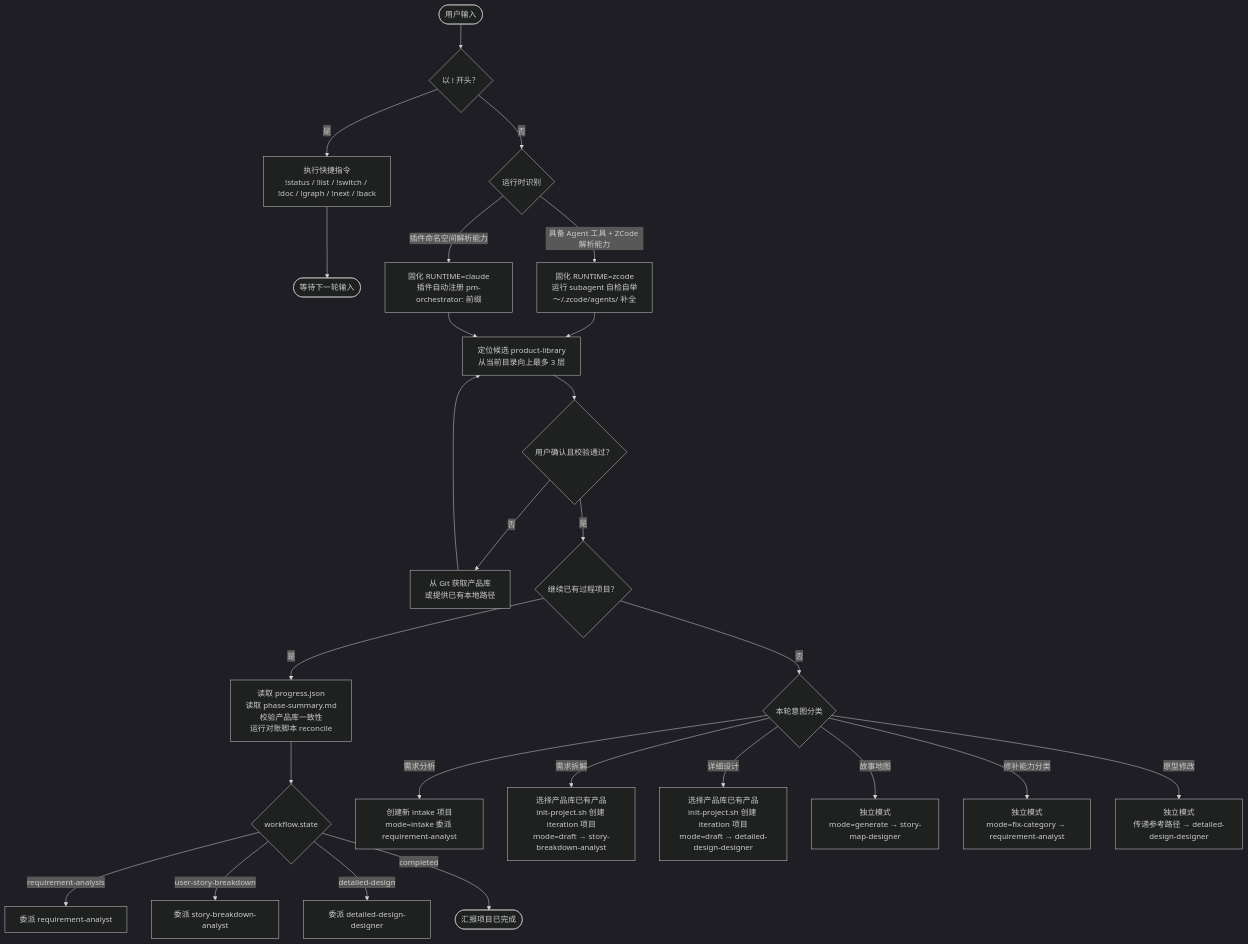
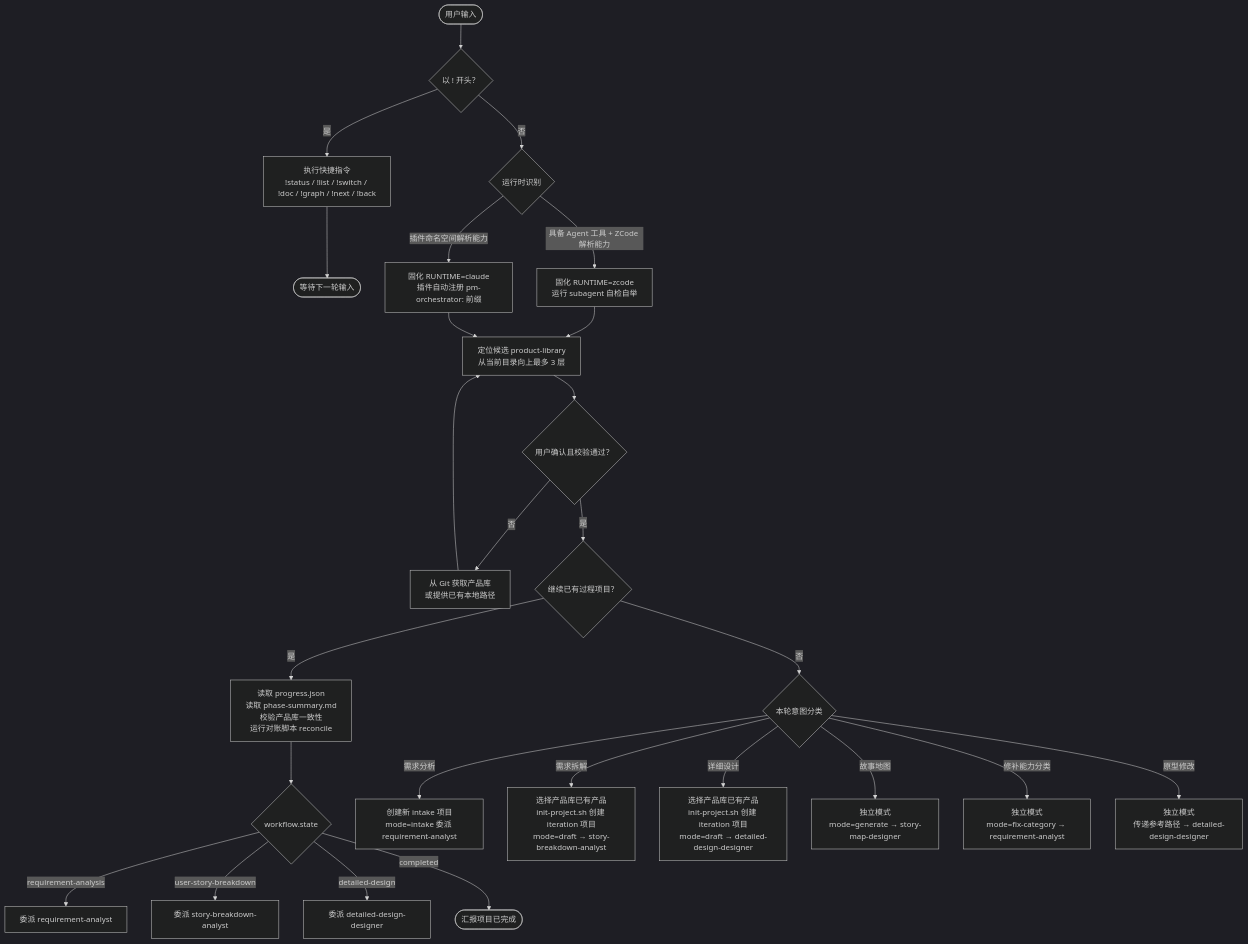
The first of 7 diagrams in README.md (Tiger0521/pm-orchestrator), drawn with Mermaid (dark theme) before and after one commit. The commit also changed other lines of this file, not shown here.

Commit message:
release: V4.0.2 重写README：按流程概览→安装→目录→流程图结构组织

````diff
--- a/README.md
+++ b/README.md
@@ -41,37 +344,37 @@
 ```mermaid
 flowchart TD
     Start([用户输入]) --> Shortcut{以 ! 开头？}
     Shortcut -- 是 --> Cmd[执行快捷指令<br/>!status / !list / !switch / !doc / !graph / !next / !back]
     Cmd --> Wait([等待下一轮输入])
 
     Shortcut -- 否 --> RuntimeDetect{运行时识别}
-    RuntimeDetect -->|具备 Agent 工具 + ZCode 解析能力| ZCode[固化 RUNTIME=zcode<br/>运行 subagent 自检自举<br/>～/.zcode/agents/ 补全]
+    RuntimeDetect -->|具备 Agent 工具 + ZCode 解析能力| ZCode[固化 RUNTIME=zcode<br/>运行 subagent 自检自举]
     RuntimeDetect -->|插件命名空间解析能力| Claude[固化 RUNTIME=claude<br/>插件自动注册 pm-orchestrator: 前缀]
 
     ZCode --> Library
     Claude --> Library
 
     Library[定位候选 product-library<br/>从当前目录向上最多 3 层] --> LibraryOK{用户确认且校验通过？}
 
     LibraryOK -- 否 --> Acquire[从 Git 获取产品库<br/>或提供已有本地路径]
     Acquire --> Library
 
     LibraryOK -- 是 --> Project{继续已有过程项目？}
 
     Project -- 是 --> Restore[读取 progress.json<br/>读取 phase-summary.md<br/>校验产品库一致性<br/>运行对账脚本 reconcile]
     Restore --> State{workflow.state}
 
     State -- requirement-analysis --> RA[委派 requirement-analyst]
     State -- user-story-breakdown --> SB[委派 story-breakdown-analyst]
     State -- detailed-design --> DD[委派 detailed-design-designer]
     State -- completed --> Report([汇报项目已完成])
 
     Project -- 否 --> Intent{本轮意图分类}
 
     Intent -- 需求分析 --> Intake[创建新 intake 项目<br/>mode=intake 委派 requirement-analyst]
     Intent -- 需求拆解 --> NewSB[选择产品库已有产品<br/>init-project.sh 创建 iteration 项目<br/>mode=draft → story-breakdown-analyst]
     Intent -- 详细设计 --> NewDD[选择产品库已有产品<br/>init-project.sh 创建 iteration 项目<br/>mode=draft → detailed-design-designer]
     Intent -- 故事地图 --> SM[独立模式<br/>mode=generate → story-map-designer]
     Intent -- 修补能力分类 --> FC[独立模式<br/>mode=fix-category → requirement-analyst]
     Intent -- 原型修改 --> PM[独立模式<br/>传递参考路径 → detailed-design-designer]
 ```
````
